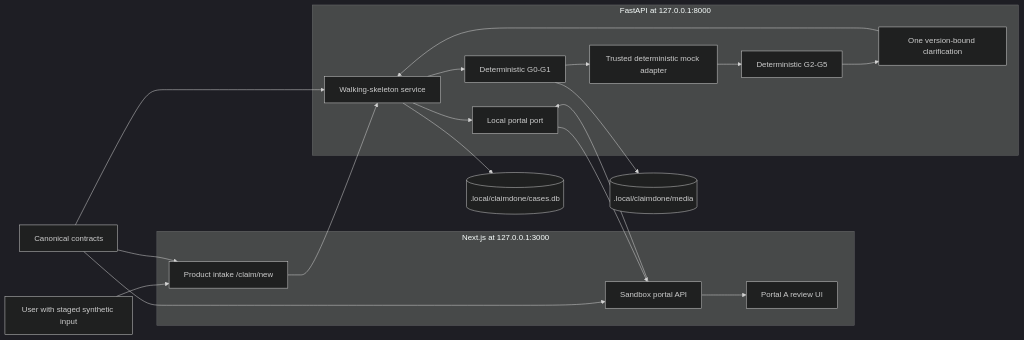
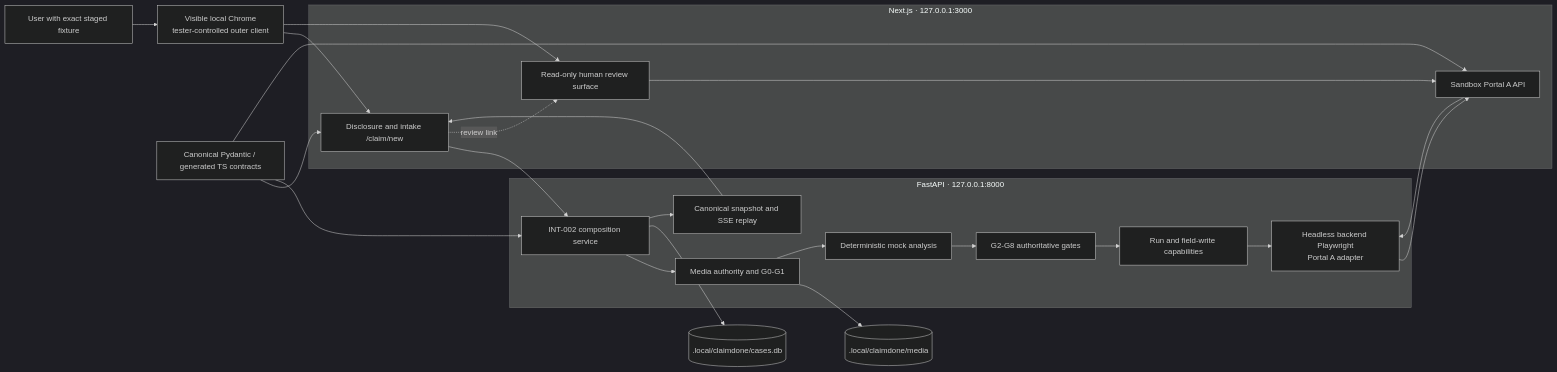
Before and after one commit to janikdotzel/claimdone: the first of 2 diagrams in docs/architecture.md, drawn with Mermaid (dark theme). The commit also changed other lines of this file and 8 other files, not shown here.

````diff
--- a/docs/architecture.md
+++ b/docs/architecture.md
@@ -53,35 +15,39 @@
 ```mermaid
 flowchart LR
-    User["User with staged synthetic input"]
+    User["User with exact staged fixture"]
+    Chrome["Visible local Chrome<br/>tester-controlled outer client"]
 
-    subgraph WebProcess["Next.js at 127.0.0.1:3000"]
-        Product["Product intake /claim/new"]
-        PortalAPI["Sandbox portal API"]
-        PortalA["Portal A review UI"]
+    subgraph Web["Next.js · 127.0.0.1:3000"]
+        Product["Disclosure and intake /claim/new"]
+        PortalAPI["Sandbox Portal A API"]
+        PortalUI["Read-only human review surface"]
     end
 
-    subgraph ApiProcess["FastAPI at 127.0.0.1:8000"]
-        Workflow["Walking-skeleton service"]
-        G01["Deterministic G0-G1"]
-        Mock["Trusted deterministic mock adapter"]
-        G25["Deterministic G2-G5"]
-        Clarification["One version-bound clarification"]
-        PortalPort["Local portal port"]
+    subgraph API["FastAPI · 127.0.0.1:8000"]
+        Workflow["INT-002 composition service"]
+        Media["Media authority and G0-G1"]
+        Demo["Deterministic mock analysis"]
+        Gates["G2-G8 authoritative gates"]
+        Authority["Run and field-write capabilities"]
+        Browser["Headless backend Playwright<br/>Portal A adapter"]
+        Snapshot["Canonical snapshot and SSE replay"]
     end
 
     DB[(".local/claimdone/cases.db")]
-    Media[(".local/claimdone/media")]
-    Contracts["Canonical contracts"]
+    Files[(".local/claimdone/media")]
+    Contracts["Canonical Pydantic / generated TS contracts"]
 
-    User --> Product --> Workflow
-    Workflow --> G01
-    G01 --> Media
-    G01 --> Mock --> G25
-    G25 --> Clarification --> Workflow
+    User --> Chrome --> Product --> Workflow
+    Workflow --> Media --> Files
+    Media --> Demo --> Gates
+    Gates --> Authority --> Browser
+    Browser --> PortalAPI
+    PortalAPI --> Browser
+    Product -. review link .-> PortalUI
+    Chrome --> PortalUI --> PortalAPI
     Workflow --> DB
-    Workflow --> PortalPort --> PortalAPI --> PortalA
-    PortalAPI --> PortalPort
+    Workflow --> Snapshot --> Product
     Contracts --> Product
     Contracts --> Workflow
     Contracts --> PortalAPI
 ```
````
